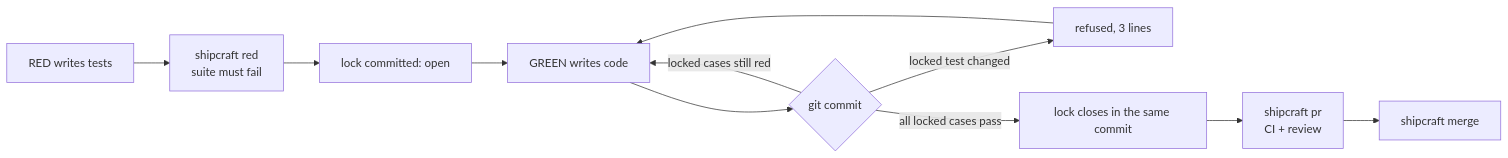
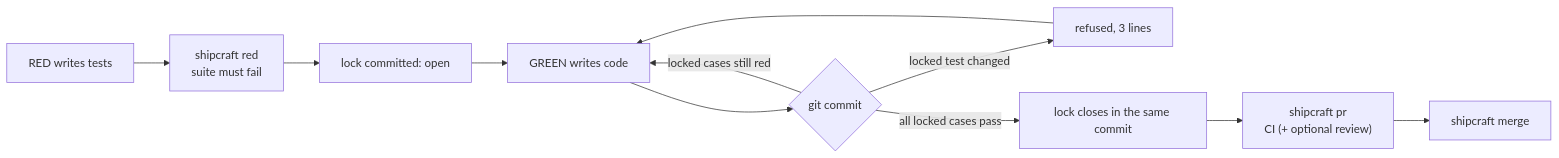
Before and after one commit to victorassisalves/shipcraft: the diagram in README.md, drawn with Mermaid. The commit also changed other lines of this file and 4 other files, not shown here.

First line of the commit message:
simplify: review is optional and off by default

````diff
--- a/README.md
+++ b/README.md
@@ -29,13 +29,13 @@
 ```mermaid
 flowchart LR
     A[RED writes tests] --> B["shipcraft red<br/>suite must fail"]
     B --> C[lock committed: open]
     C --> D[GREEN writes code]
     D --> E{git commit}
     E -- locked test changed --> F[refused, 3 lines]
     F --> D
     E -- locked cases still red --> D
     E -- all locked cases pass --> G[lock closes in the same commit]
-    G --> H["shipcraft pr<br/>CI + review"]
+    G --> H["shipcraft pr<br/>CI (+ optional review)"]
     H --> I["shipcraft merge"]
 ```
````
